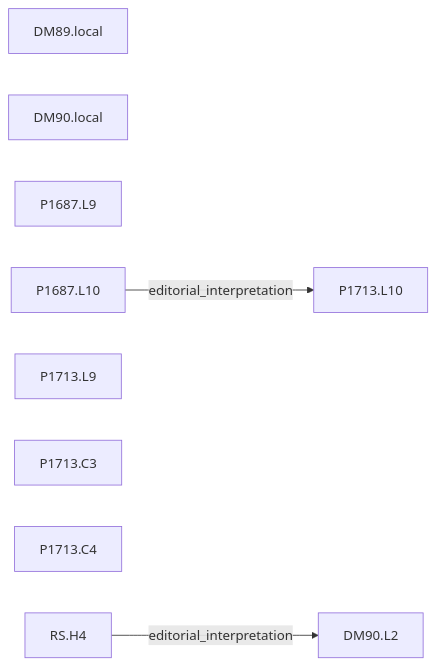
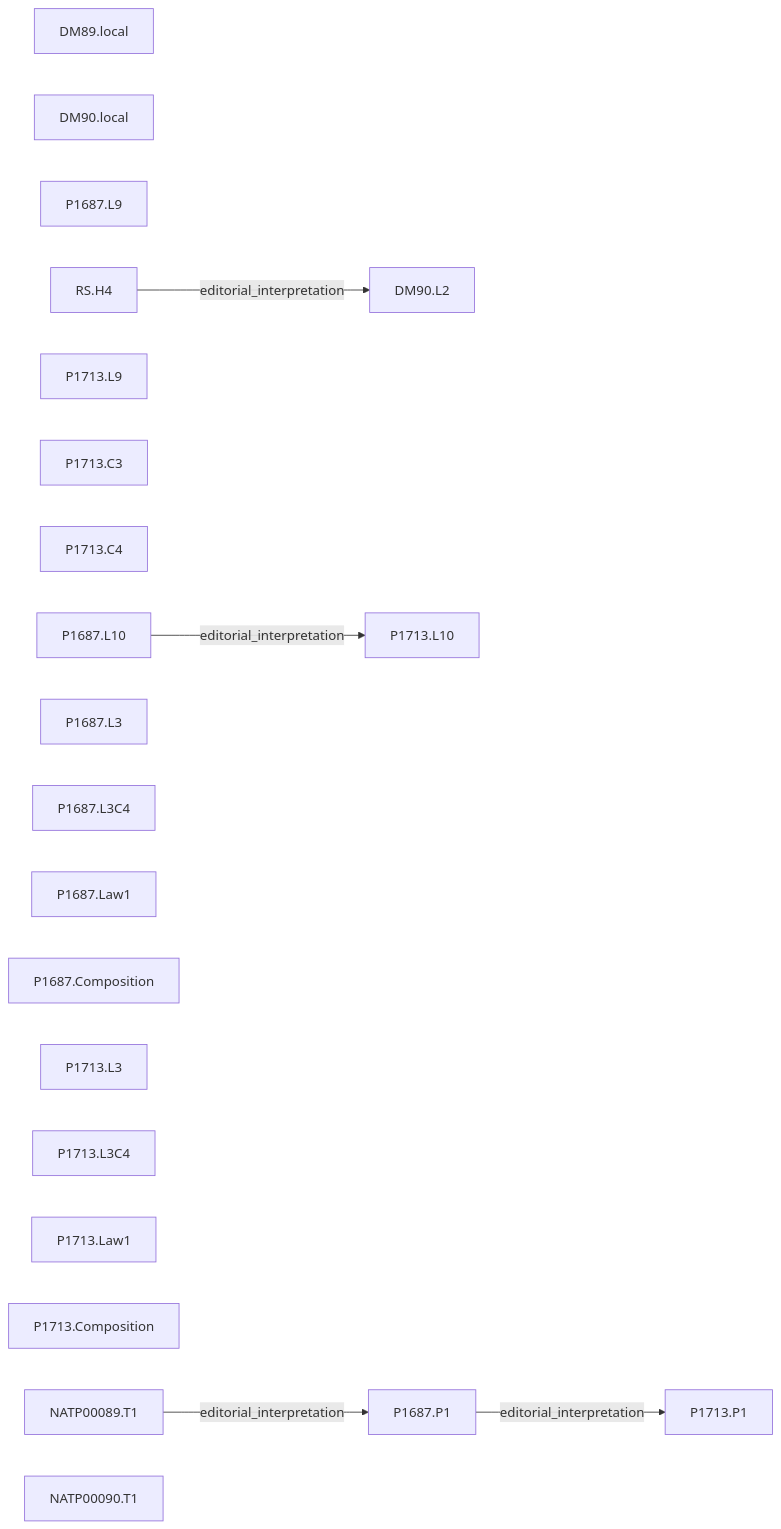
The sixth of 6 diagrams in research/graphs.md (arivero/newtonlean), drawn with Mermaid before and after one commit. The commit also changed other lines of this file and 10 other files, not shown here.

````diff
--- a/research/graphs.md
+++ b/research/graphs.md
@@ -51,15 +71,29 @@
 ```mermaid
 flowchart LR
   n0["DM89.local"]
   n1["DM90.L2"]
   n2["DM90.local"]
   n3["P1687.L9"]
   n4["P1687.L10"]
   n5["P1713.L9"]
   n6["P1713.L10"]
   n7["P1713.C3"]
   n8["P1713.C4"]
   n9["RS.H4"]
+  n10["P1687.P1"]
+  n11["P1687.L3"]
+  n12["P1687.L3C4"]
+  n13["P1687.Law1"]
+  n14["P1687.Composition"]
+  n15["P1713.P1"]
+  n16["P1713.L3"]
+  n17["P1713.L3C4"]
+  n18["P1713.Law1"]
+  n19["P1713.Composition"]
+  n20["NATP00089.T1"]
+  n21["NATP00090.T1"]
   n4 -->|editorial_interpretation| n6
   n9 -->|editorial_interpretation| n1
+  n20 -->|editorial_interpretation| n10
+  n10 -->|editorial_interpretation| n15
 ```
````
